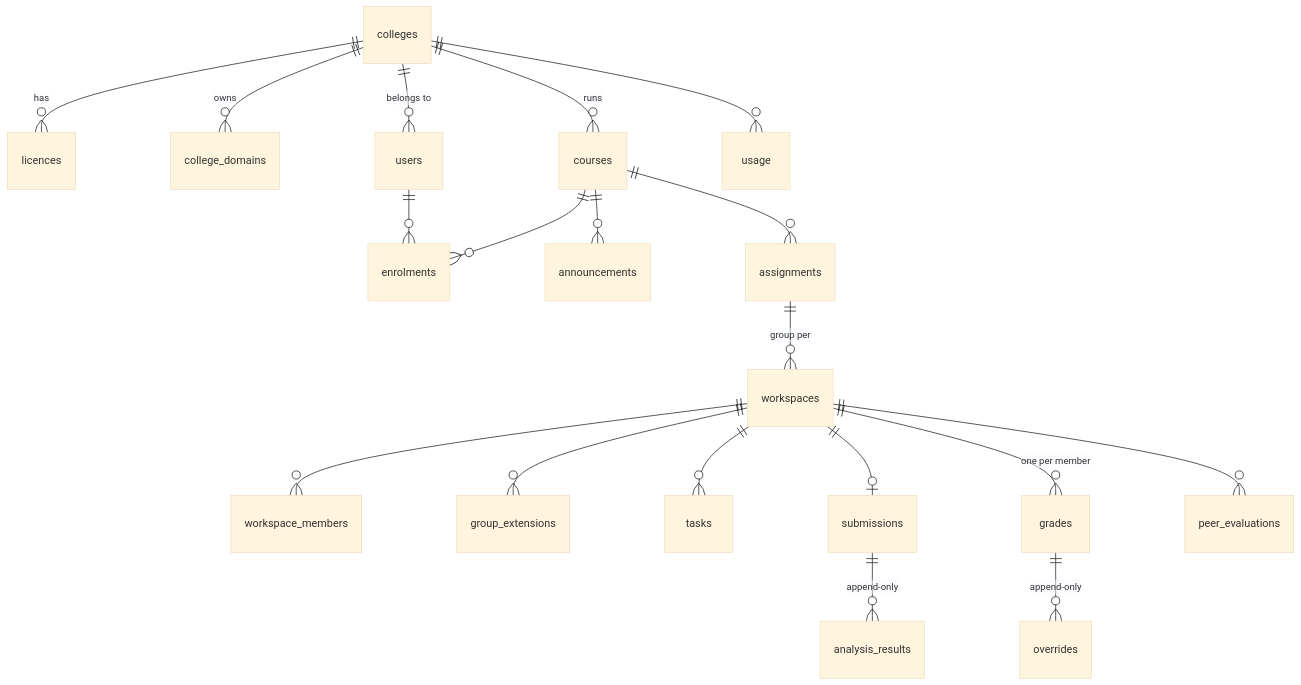
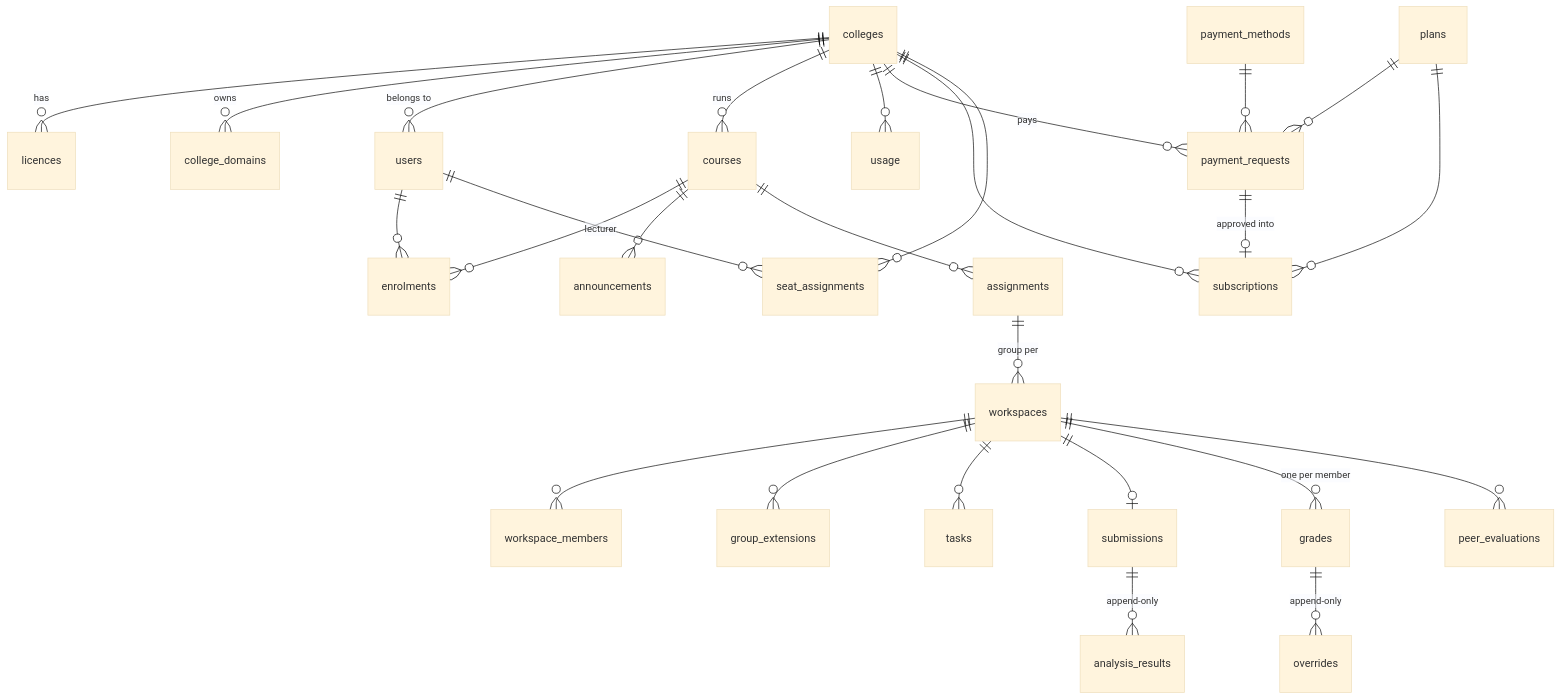
The diagram in docs/db-schema.md (shoc05/Peerlytics), drawn with Mermaid (base theme) before and after one commit. The commit also changed other lines of this file and 51 other files, not shown here.

````diff
--- a/docs/db-schema.md
+++ b/docs/db-schema.md
@@ -31,21 +31,29 @@
 ```mermaid
 erDiagram
   colleges ||--o{ licences : has
   colleges ||--o{ college_domains : owns
   colleges ||--o{ users : "belongs to"
   colleges ||--o{ courses : runs
   users ||--o{ enrolments : ""
   courses ||--o{ enrolments : ""
   courses ||--o{ announcements : ""
   courses ||--o{ assignments : ""
   assignments ||--o{ workspaces : "group per"
   workspaces ||--o{ workspace_members : ""
   workspaces ||--o{ group_extensions : ""
   workspaces ||--o{ tasks : ""
   workspaces ||--o| submissions : ""
   submissions ||--o{ analysis_results : "append-only"
   workspaces ||--o{ grades : "one per member"
   grades ||--o{ overrides : "append-only"
   workspaces ||--o{ peer_evaluations : ""
   colleges ||--o{ usage : ""
+  plans ||--o{ payment_requests : ""
+  payment_methods ||--o{ payment_requests : ""
+  colleges ||--o{ payment_requests : pays
+  payment_requests ||--o| subscriptions : "approved into"
+  colleges ||--o{ subscriptions : ""
+  plans ||--o{ subscriptions : ""
+  colleges ||--o{ seat_assignments : ""
+  users ||--o{ seat_assignments : "lecturer"
 ```
````
